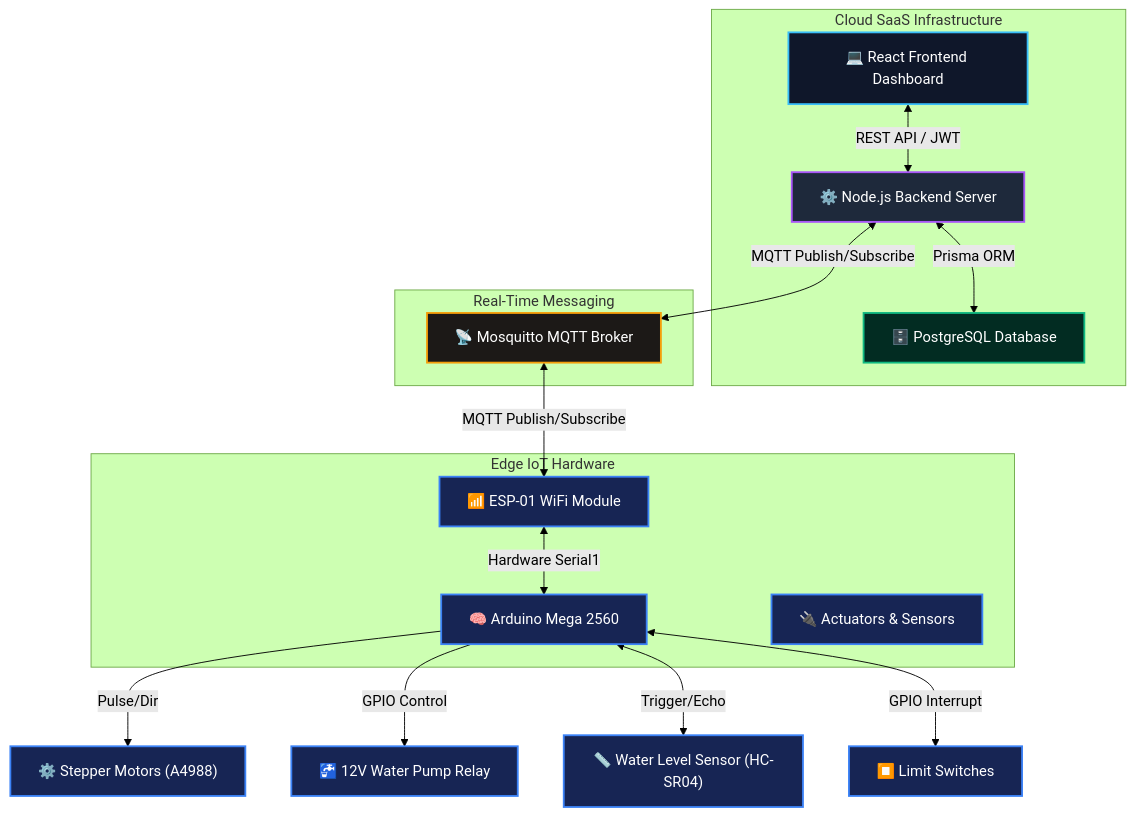
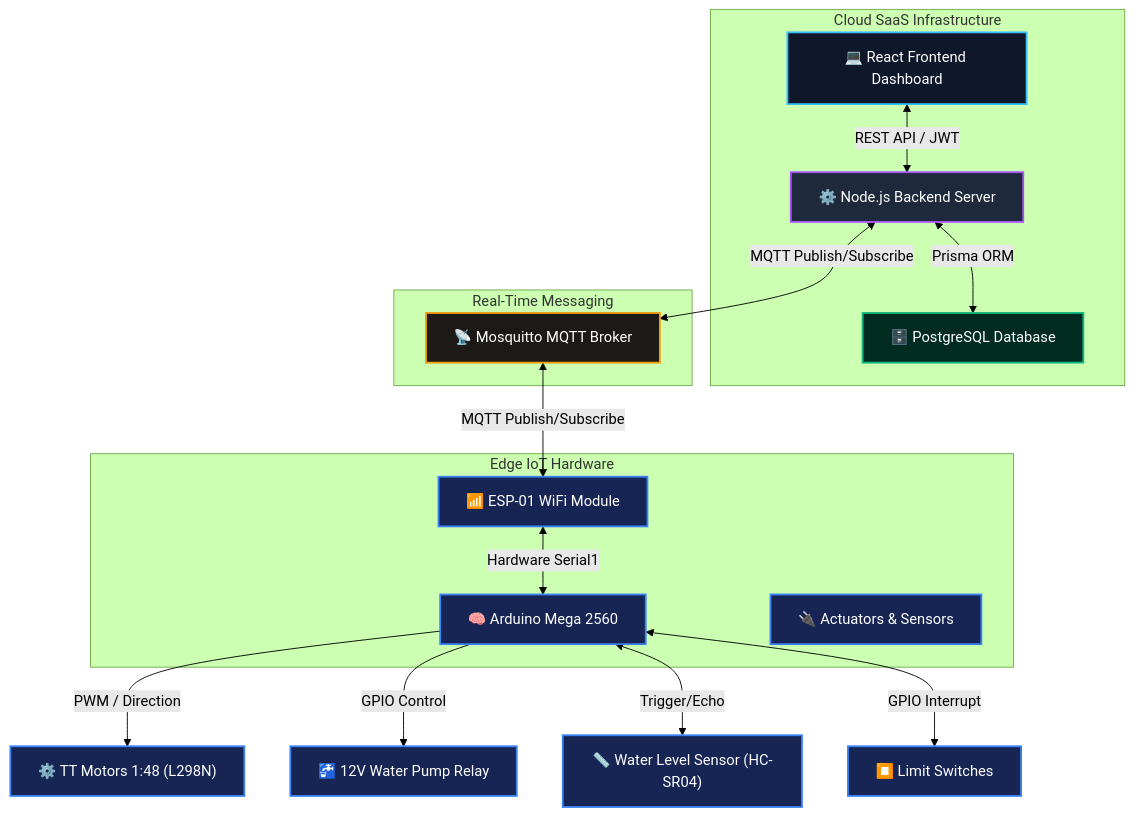
One commit to Takashi-Studio/Solar-Cleaner changed the diagram in README.md. Above: the diagram before and after it, drawn with Mermaid (forest theme). The commit also changed other lines of this file and 3 other files, not shown here.

Commit message:
docs: replace stepper motors references with TT Motors 1:48 DC Gearbox

````diff
--- a/README.md
+++ b/README.md
@@ -94,35 +94,35 @@
 ```mermaid
 graph TD
     %% Styling
     classDef web fill:#0f172a,stroke:#38bdf8,stroke-width:2px,color:#fff;
     classDef server fill:#1e293b,stroke:#a855f7,stroke-width:2px,color:#fff;
     classDef db fill:#022c22,stroke:#10b981,stroke-width:2px,color:#fff;
     classDef broker fill:#1c1917,stroke:#f59e0b,stroke-width:2px,color:#fff;
     classDef hw fill:#172554,stroke:#3b82f6,stroke-width:2px,color:#fff;
 
     subgraph Cloud_SaaS [Cloud SaaS Infrastructure]
         A["💻 React Frontend Dashboard"]:::web
         B["⚙️ Node.js Backend Server"]:::server
         C["🗄️ PostgreSQL Database"]:::db
     end
 
     subgraph Communication_Layer [Real-Time Messaging]
         D["📡 Mosquitto MQTT Broker"]:::broker
     end
 
     subgraph Edge_Hardware [Edge IoT Hardware]
         E["📶 ESP-01 WiFi Module"]:::hw
         F["🧠 Arduino Mega 2560"]:::hw
         G["🔌 Actuators & Sensors"]:::hw
     end
 
     A <-->|REST API / JWT| B
     B <-->|Prisma ORM| C
     B <-->|MQTT Publish/Subscribe| D
     D <-->|MQTT Publish/Subscribe| E
     E <-->|Hardware Serial1| F
-    F -->|Pulse/Dir| G1["⚙️ Stepper Motors (A4988)"]:::hw
+    F -->|PWM / Direction| G1["⚙️ TT Motors 1:48 (L298N)"]:::hw
     F -->|GPIO Control| G2["🚰 12V Water Pump Relay"]:::hw
     F <-->|Trigger/Echo| G3["📏 Water Level Sensor (HC-SR04)"]:::hw
     F <-->|GPIO Interrupt| G4["⏹️ Limit Switches"]:::hw
 ```
````
